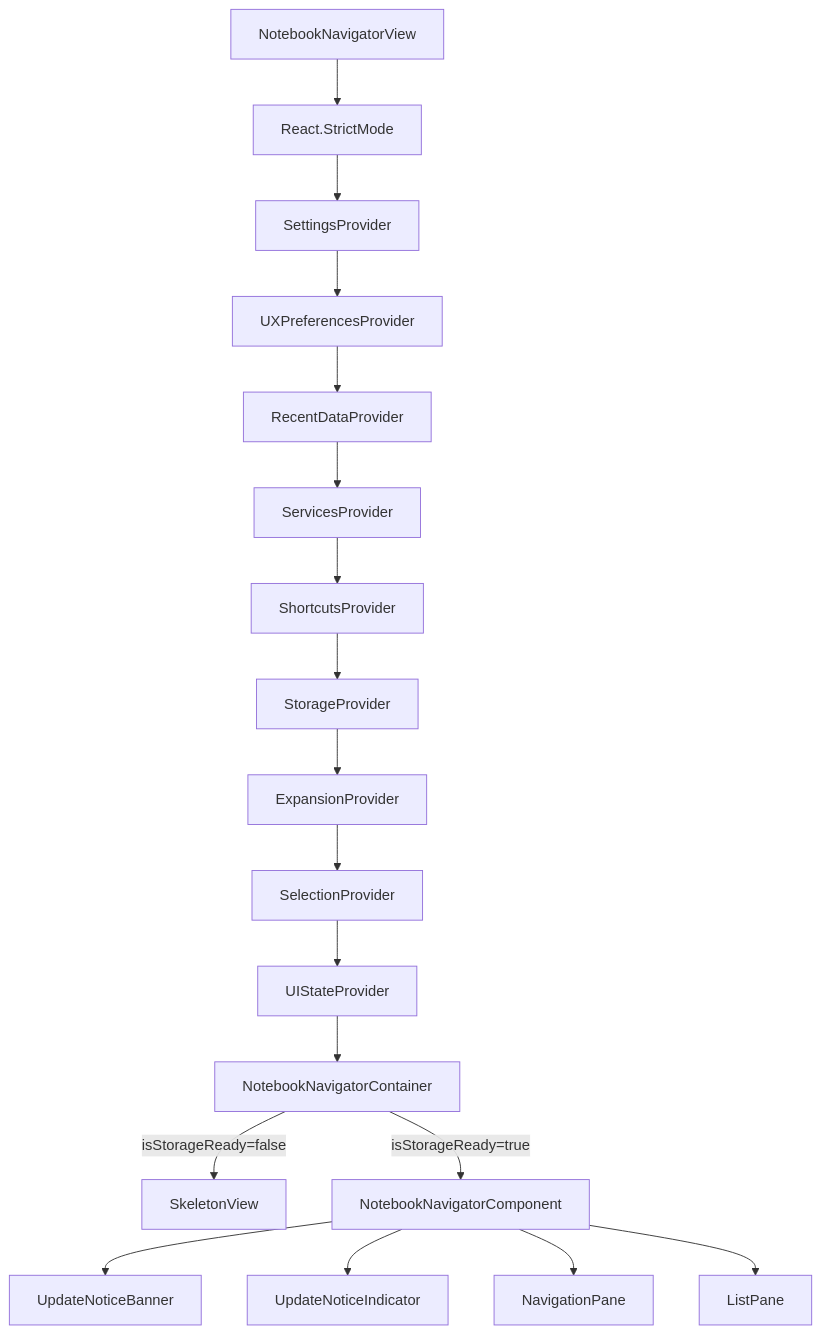
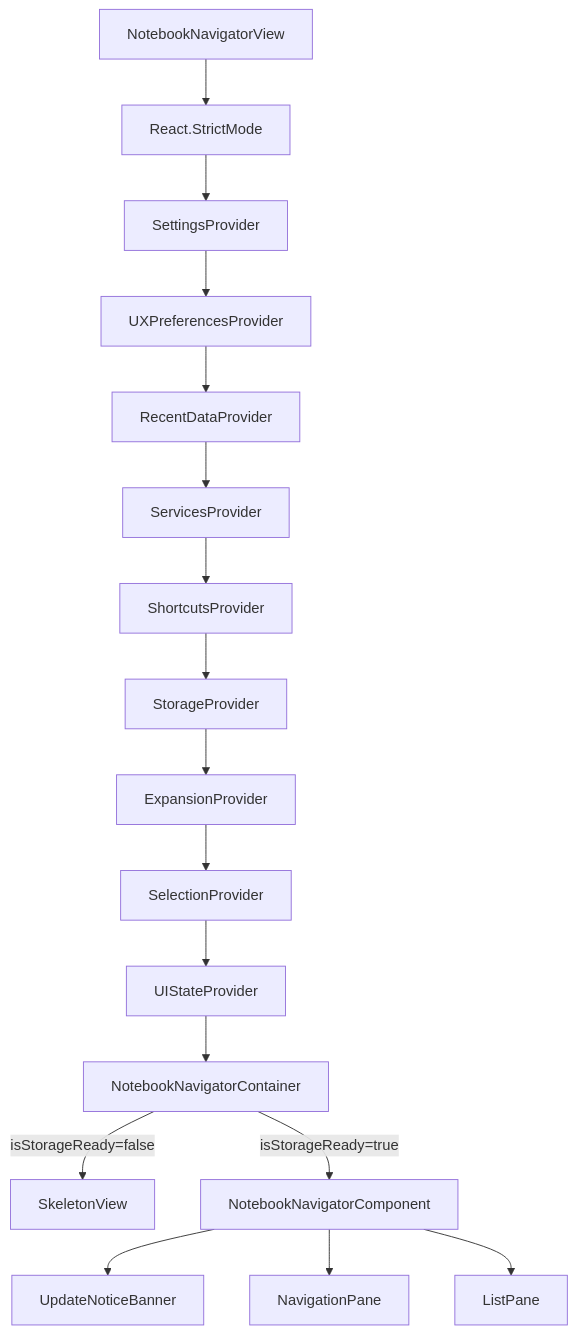
The first of 7 diagrams in docs/rendering-architecture.md (vroablec/notebook-navigator), drawn with Mermaid before and after one commit. The commit also changed other lines of this file and 33 other files, not shown here.

````diff
--- a/docs/rendering-architecture.md
+++ b/docs/rendering-architecture.md
@@ -106,13 +106,12 @@
 ```mermaid
 graph TD
     OV["NotebookNavigatorView"] --> SM["React.StrictMode"] --> SP["SettingsProvider"] --> UX["UXPreferencesProvider"] --> RD["RecentDataProvider"];
     RD --> SVC["ServicesProvider"] --> SHC["ShortcutsProvider"] --> ST["StorageProvider"] --> EP["ExpansionProvider"] --> SEL["SelectionProvider"];
     SEL --> UI["UIStateProvider"] --> NC["NotebookNavigatorContainer"];
 
     NC -->|isStorageReady=false| SK["SkeletonView"];
     NC -->|isStorageReady=true| NNC["NotebookNavigatorComponent"];
     NNC --> UNB["UpdateNoticeBanner"];
-    NNC --> UNI["UpdateNoticeIndicator"];
     NNC --> NPR["NavigationPane"];
     NNC --> LPR["ListPane"];
 ```
````
